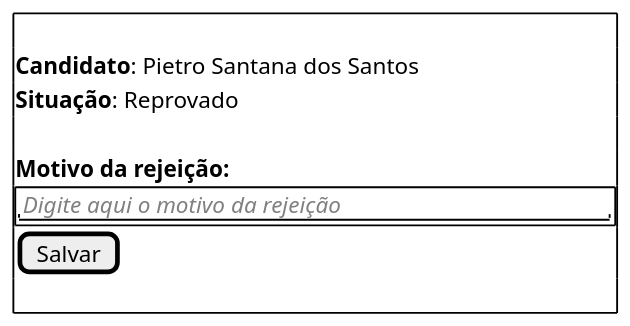
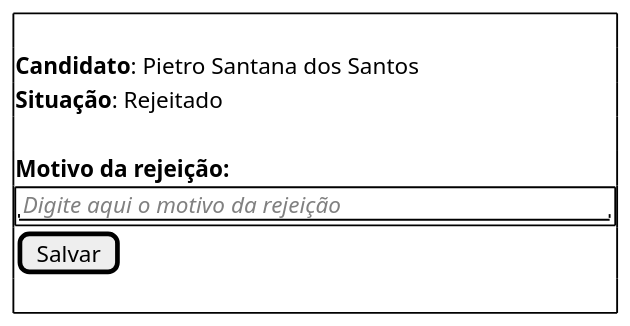
One commit to guisgiacomini/redeMaisSocialProjetoSoftware changed the tenth of 14 diagrams in telas-uc03.md. Above: the diagram before and after it, drawn with PlantUML. The commit also changed other lines of this file, not shown here.

Commit message:
Corrigindo situação para: rejeitado.

````diff
--- a/telas-uc03.md
+++ b/telas-uc03.md
@@ -198,18 +198,18 @@
 ```plantuml
 @startsalt
 scale 1.5
 {+
     .
     **Candidato**: Pietro Santana dos Santos
-    **Situação**: Reprovado
+    **Situação**: Rejeitado
     .
     **Motivo da rejeição:**
     {+
         " //<color:gray>Digite aqui o motivo da rejeição//  "    
     }
     
     [Salvar]
     .
 }
 @endsalt
 ```
````
